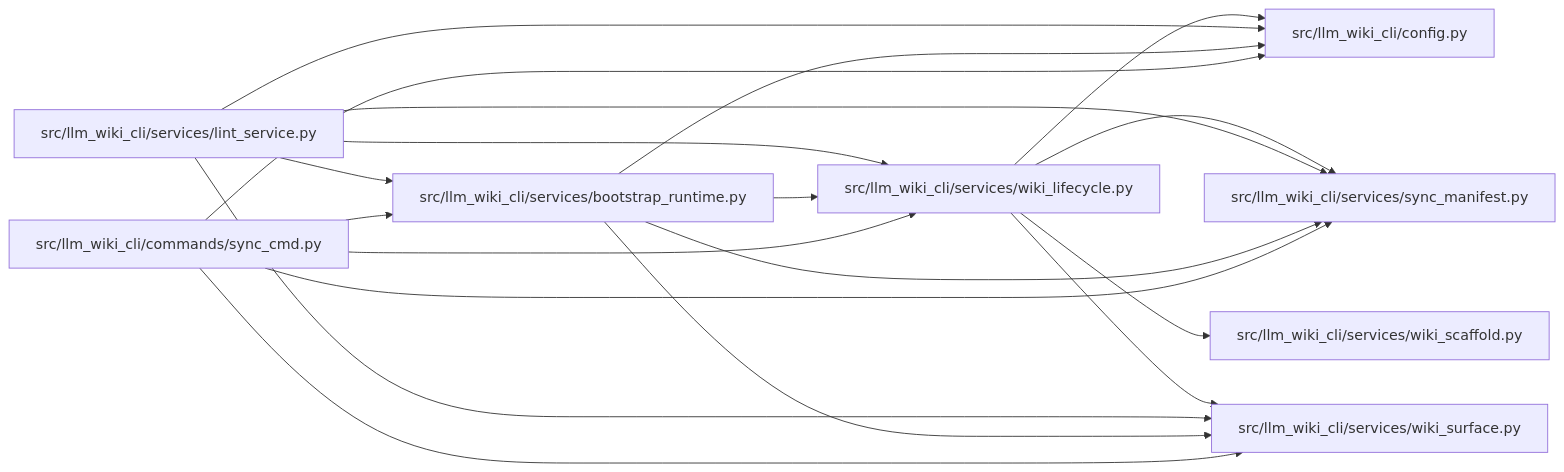
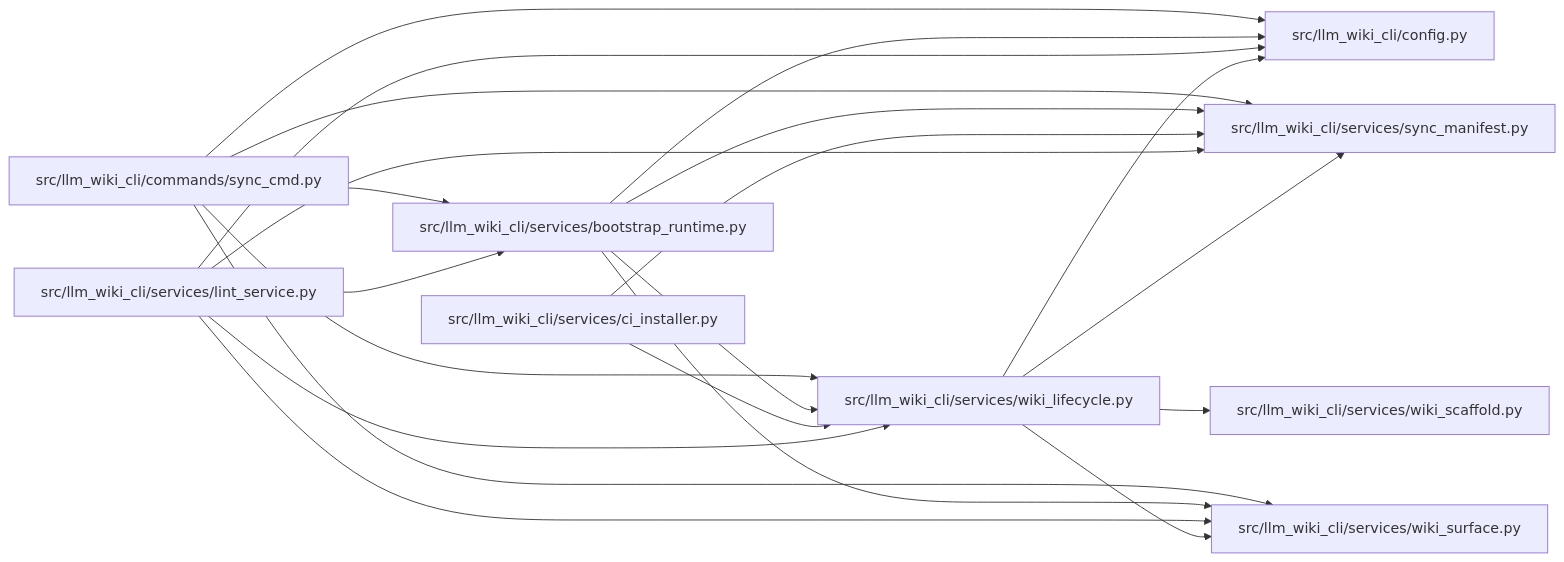
The diagram in docs/llm_wiki/modules/wiki_lifecycle.md (Denissvgn/python-wiki-llm), drawn with Mermaid before and after one commit. The commit also changed other lines of this file and 48 other files, not shown here.

````diff
--- a/docs/llm_wiki/modules/wiki_lifecycle.md
+++ b/docs/llm_wiki/modules/wiki_lifecycle.md
@@ -29,37 +29,41 @@
 ```mermaid
 flowchart LR
     n0["src/llm_wiki_cli/commands/sync_cmd.py"]
     n1["src/llm_wiki_cli/config.py"]
     n2["src/llm_wiki_cli/services/bootstrap_runtime.py"]
-    n3["src/llm_wiki_cli/services/lint_service.py"]
-    n4["src/llm_wiki_cli/services/sync_manifest.py"]
-    n5["src/llm_wiki_cli/services/wiki_lifecycle.py"]
-    n6["src/llm_wiki_cli/services/wiki_scaffold.py"]
-    n7["src/llm_wiki_cli/services/wiki_surface.py"]
+    n3["src/llm_wiki_cli/services/ci_installer.py"]
+    n4["src/llm_wiki_cli/services/lint_service.py"]
+    n5["src/llm_wiki_cli/services/sync_manifest.py"]
+    n6["src/llm_wiki_cli/services/wiki_lifecycle.py"]
+    n7["src/llm_wiki_cli/services/wiki_scaffold.py"]
+    n8["src/llm_wiki_cli/services/wiki_surface.py"]
     n0 --> n1
     n0 --> n2
-    n0 --> n4
     n0 --> n5
-    n0 --> n7
+    n0 --> n6
+    n0 --> n8
     n2 --> n1
-    n2 --> n4
     n2 --> n5
-    n2 --> n7
-    n3 --> n1
-    n3 --> n2
-    n3 --> n4
+    n2 --> n6
+    n2 --> n8
     n3 --> n5
-    n3 --> n7
-    n5 --> n1
-    n5 --> n4
-    n5 --> n6
-    n5 --> n7
+    n3 --> n6
+    n4 --> n1
+    n4 --> n2
+    n4 --> n5
+    n4 --> n6
+    n4 --> n8
+    n6 --> n1
+    n6 --> n5
+    n6 --> n7
+    n6 --> n8
     click n0 "../modules/sync_cmd.md"
     click n1 "../modules/config.md"
     click n2 "../modules/bootstrap_runtime.md"
-    click n3 "../modules/lint_service.md"
-    click n4 "../modules/sync_manifest.md"
-    click n5 "../modules/wiki_lifecycle.md"
-    click n6 "../modules/wiki_scaffold.md"
-    click n7 "../modules/wiki_surface.md"
+    click n3 "../modules/ci_installer.md"
+    click n4 "../modules/lint_service.md"
+    click n5 "../modules/sync_manifest.md"
+    click n6 "../modules/wiki_lifecycle.md"
+    click n7 "../modules/wiki_scaffold.md"
+    click n8 "../modules/wiki_surface.md"
 ```
````
